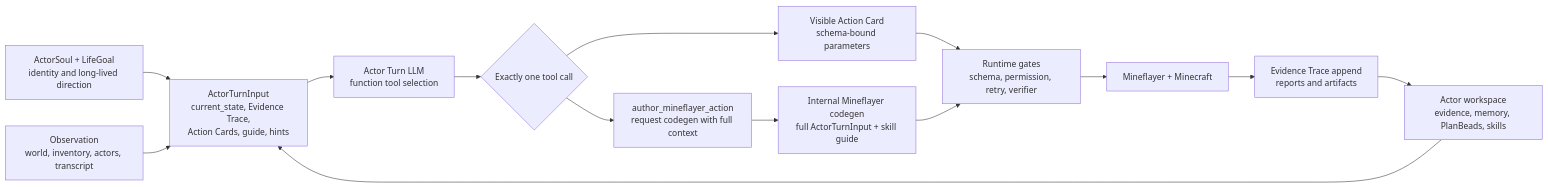
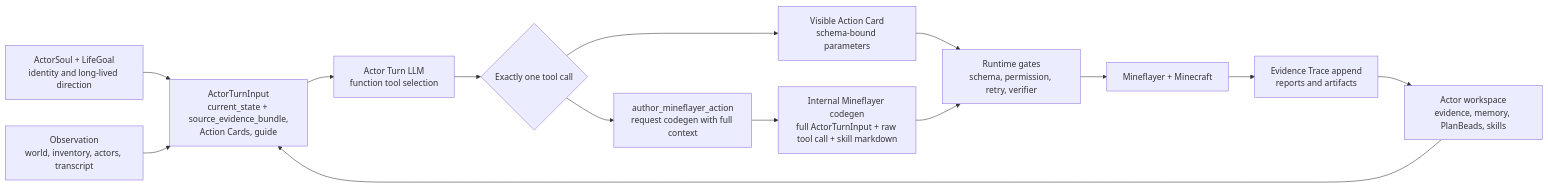
The first of 6 diagrams in CURRENT_IMPLEMENTATION_ARCHITECTURE_REVIEW.md (gigio1023/minecraft-llm-agent-community), drawn with Mermaid before and after one commit. The commit also changed other lines of this file and 2033 other files, not shown here.

````diff
--- a/CURRENT_IMPLEMENTATION_ARCHITECTURE_REVIEW.md
+++ b/CURRENT_IMPLEMENTATION_ARCHITECTURE_REVIEW.md
@@ -38,23 +38,23 @@
 ```mermaid
 flowchart LR
   Soul["ActorSoul + LifeGoal<br/>identity and long-lived direction"]
   Workspace["Actor workspace<br/>evidence, memory, PlanBeads, skills"]
   Observe["Observation<br/>world, inventory, actors, transcript"]
-  Input["ActorTurnInput<br/>current_state, Evidence Trace,<br/>Action Cards, guide, hints"]
+  Input["ActorTurnInput<br/>current_state + source_evidence_bundle,<br/>Action Cards, guide"]
   LLM["Actor Turn LLM<br/>function tool selection"]
   Choice{"Exactly one tool call"}
   Card["Visible Action Card<br/>schema-bound parameters"]
   Author["author_mineflayer_action<br/>request codegen with full context"]
   Runtime["Runtime gates<br/>schema, permission, retry, verifier"]
-  Codegen["Internal Mineflayer codegen<br/>full ActorTurnInput + skill guide"]
+  Codegen["Internal Mineflayer codegen<br/>full ActorTurnInput + raw tool call + skill markdown"]
   MC["Mineflayer + Minecraft"]
   Evidence["Evidence Trace append<br/>reports and artifacts"]
 
   Soul --> Input
   Workspace --> Input
   Observe --> Input
   Input --> LLM --> Choice
   Choice --> Card --> Runtime
   Choice --> Author --> Codegen --> Runtime
   Runtime --> MC --> Evidence --> Workspace
 ```
````
